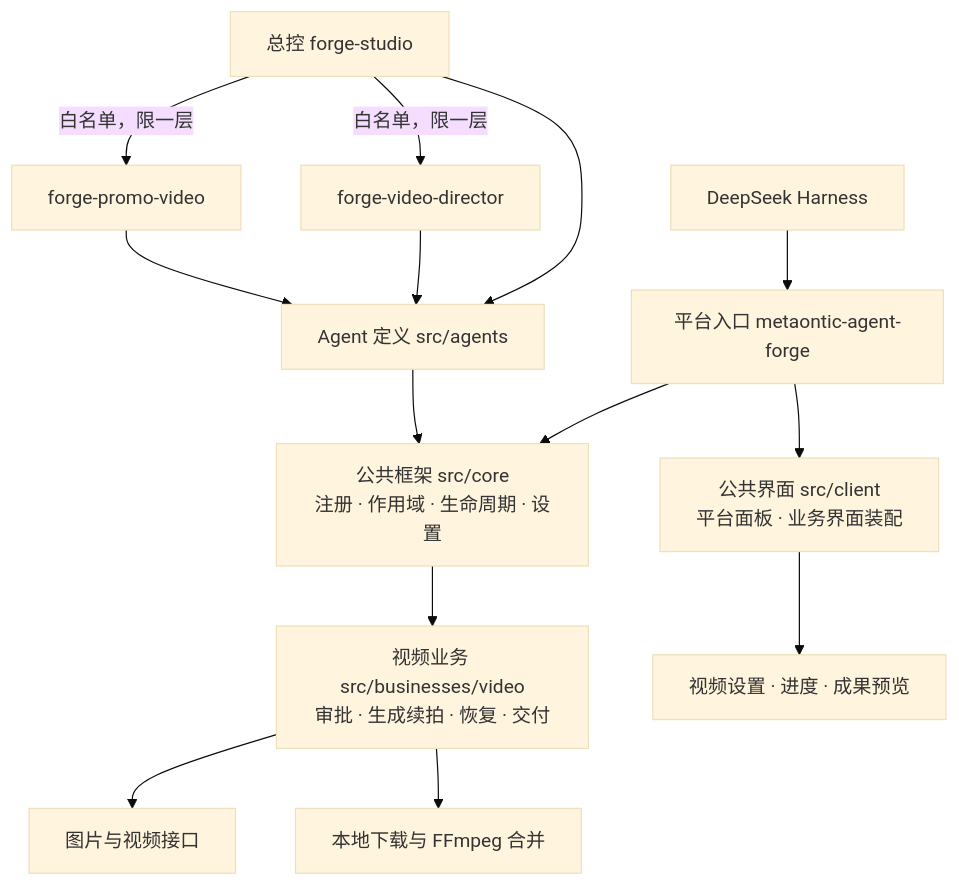
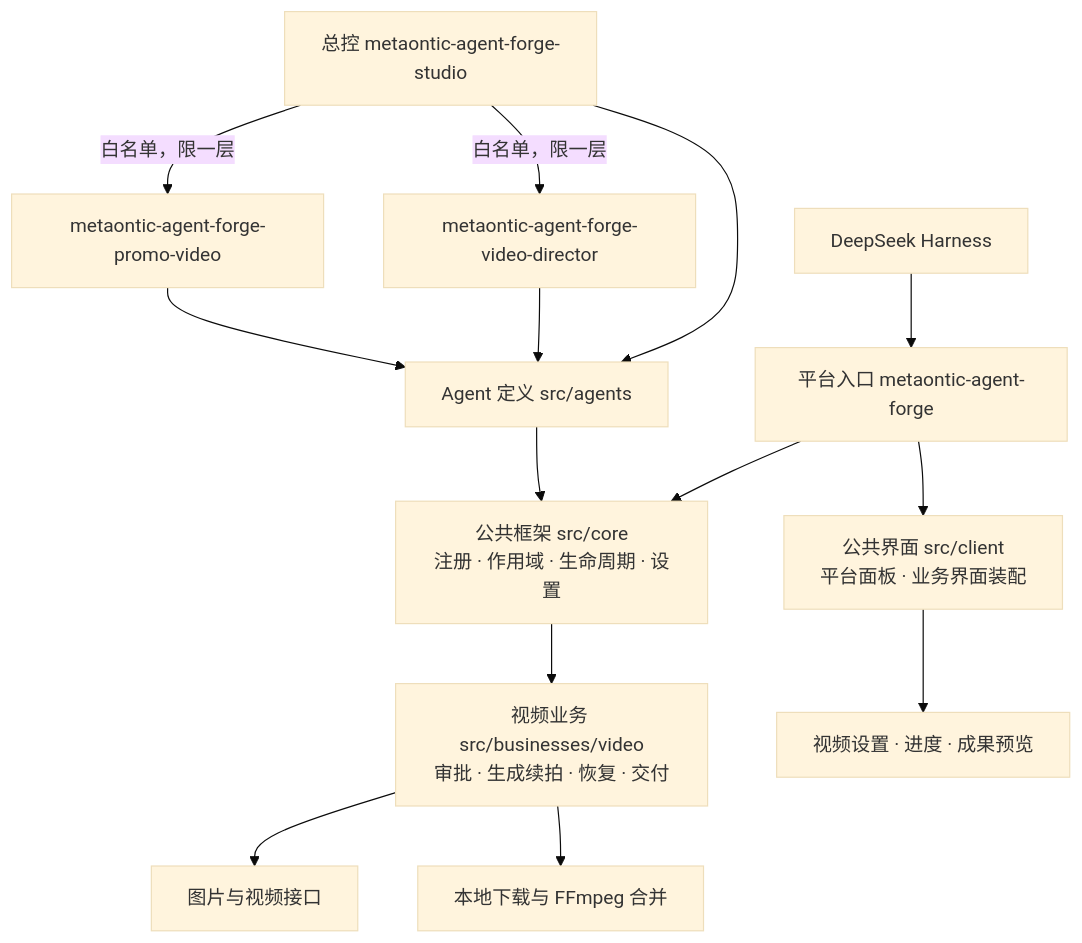
Before and after one commit to wxsimon2022/metaontic-agent-forge: the diagram in README.md, drawn with Mermaid (base theme). The commit also changed other lines of this file and 136 other files, not shown here.

````diff
--- a/README.md
+++ b/README.md
@@ -40,16 +40,16 @@
 ```mermaid
 flowchart TB
     Harness[DeepSeek Harness] --> Entry["平台入口 metaontic-agent-forge"]
     Entry --> Core["公共框架 src/core<br/>注册 · 作用域 · 生命周期 · 设置"]
     Entry --> UI["公共界面 src/client<br/>平台面板 · 业务界面装配"]
-    Studio["总控 forge-studio"] -->|白名单，限一层| Director["forge-video-director"]
-    Studio -->|白名单，限一层| Promo["forge-promo-video"]
+    Studio["总控 metaontic-agent-forge-studio"] -->|白名单，限一层| Director["metaontic-agent-forge-video-director"]
+    Studio -->|白名单，限一层| Promo["metaontic-agent-forge-promo-video"]
     Studio --> Agents["Agent 定义 src/agents"]
     Director --> Agents
     Promo --> Agents
     Agents --> Core
     Core --> Video["视频业务 src/businesses/video<br/>审批 · 生成续拍 · 恢复 · 交付"]
     Video --> Provider[图片与视频接口]
     Video --> Media[本地下载与 FFmpeg 合并]
     UI --> VideoUI[视频设置 · 进度 · 成果预览]
 ```
````
